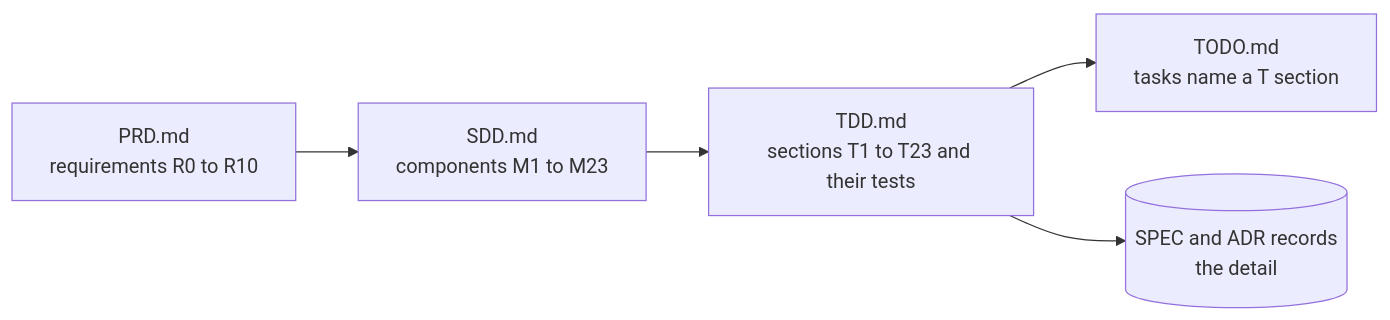
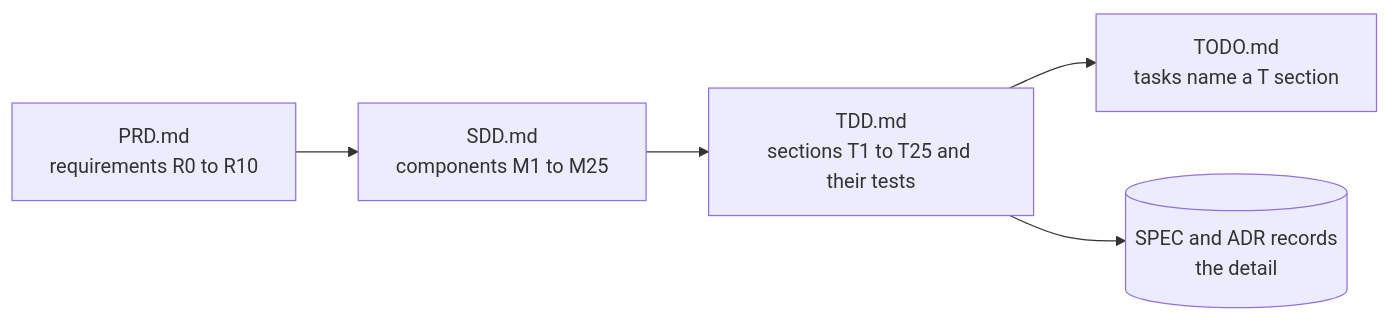
One commit to kesokaj/fyr changed the fourth of 4 diagrams in README.md. Above: the diagram before and after it, drawn with Mermaid. The commit also changed other lines of this file and 12 other files, not shown here.

Commit message:
docs, graph, metrics: v9.4.0 living specs, reviews, Playwright E2E, and Wave 4b closeout

````diff
--- a/README.md
+++ b/README.md
@@ -372,7 +374,7 @@
 ```mermaid
 flowchart LR
-  prd["PRD.md\nrequirements R0 to R10"] --> sdd["SDD.md\ncomponents M1 to M23"]
-  sdd --> tdd["TDD.md\nsections T1 to T23 and their tests"]
+  prd["PRD.md\nrequirements R0 to R10"] --> sdd["SDD.md\ncomponents M1 to M25"]
+  sdd --> tdd["TDD.md\nsections T1 to T25 and their tests"]
   tdd --> todo["TODO.md\ntasks name a T section"]
   tdd --> records[("SPEC and ADR records\nthe detail")]
 ```
````
